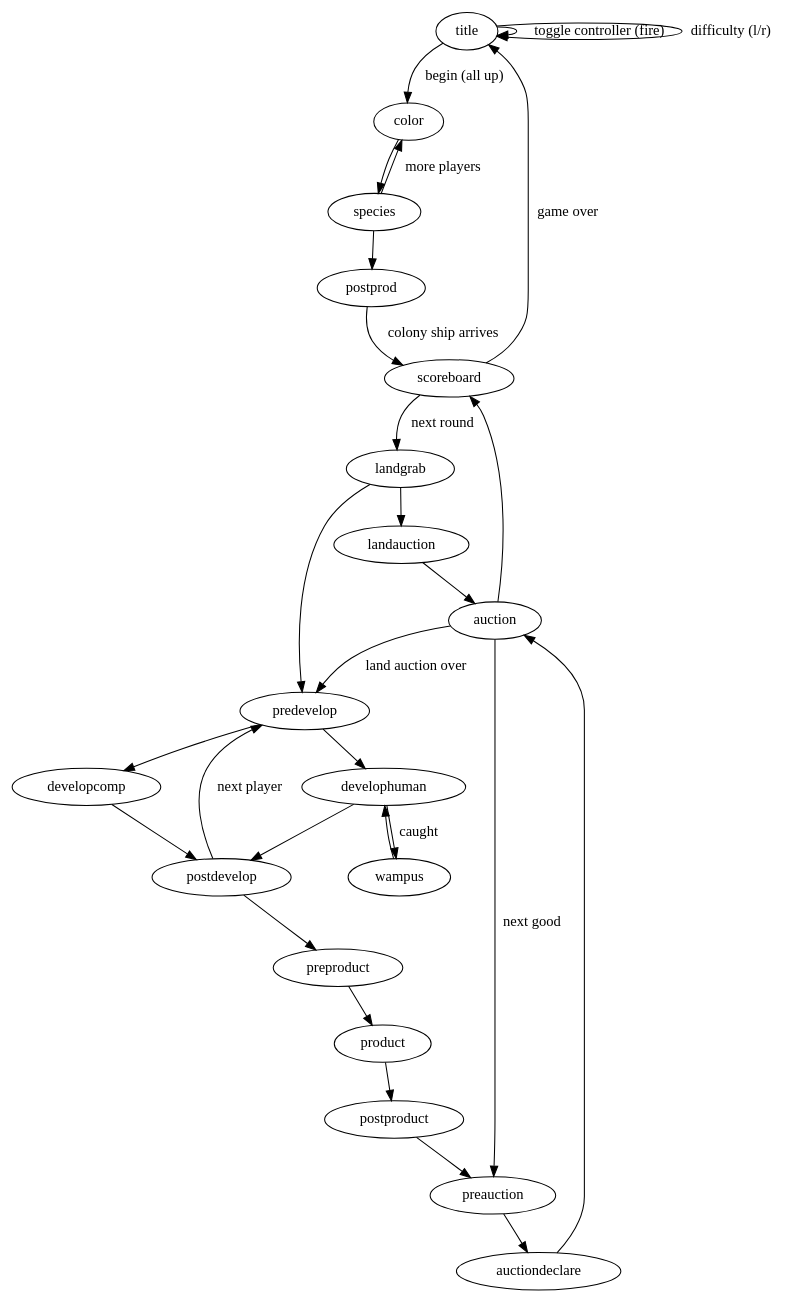
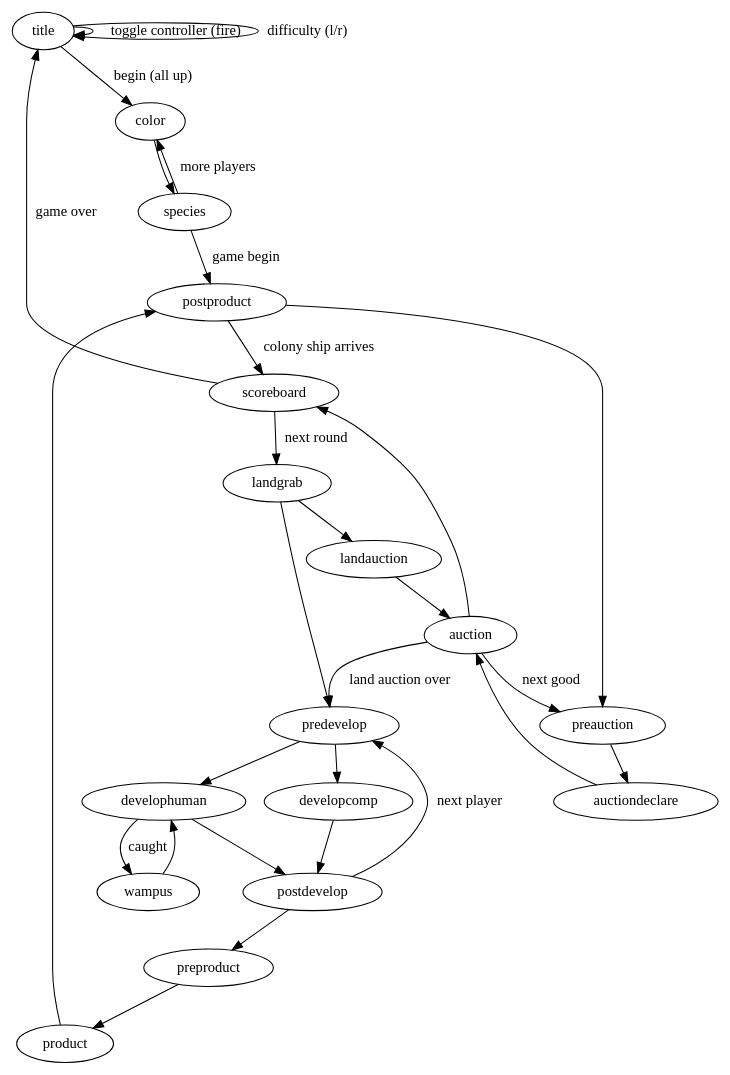
One commit to LionsPhil/mewl changed the diagram in doc/states.dot. Above: the diagram before and after it, drawn with Graphviz. The commit also changed 6 other files, not shown here.

```diff
--- a/doc/states.dot
+++ b/doc/states.dot
@@ -1,31 +1,31 @@
 /* dot states.dot -Tpng -o states.png */
 digraph states {
 	title -> title [label="toggle controller (fire)"];
 	title -> title [label="difficulty (l/r)"];
 	title -> color [label="begin (all up)"];
 	color -> species;
 	species -> color [label="more players"];
-	species -> postprod;
-	postprod -> scoreboard [label="colony ship arrives"];
+	species -> postproduct [label="game begin"];
+	postproduct -> scoreboard [label="colony ship arrives"];
 	scoreboard -> title [label="game over"];
 	scoreboard -> landgrab [label="next round"];
 	landgrab -> landauction;
 	landauction -> auction;
 	auction -> predevelop [label="land auction over"];
 	landgrab -> predevelop;
 	predevelop -> develophuman;
 	develophuman -> wampus [label="caught"];
 	wampus -> develophuman;
 	develophuman -> postdevelop;
 	predevelop -> developcomp;
 	developcomp -> postdevelop;
 	postdevelop -> predevelop [label="next player"];
 	postdevelop -> preproduct;
 	preproduct -> product;
 	product -> postproduct;
 	postproduct -> preauction;
 	preauction -> auctiondeclare;
 	auctiondeclare -> auction;
 	auction -> preauction [label="next good"];
 	auction -> scoreboard;
 }
```
